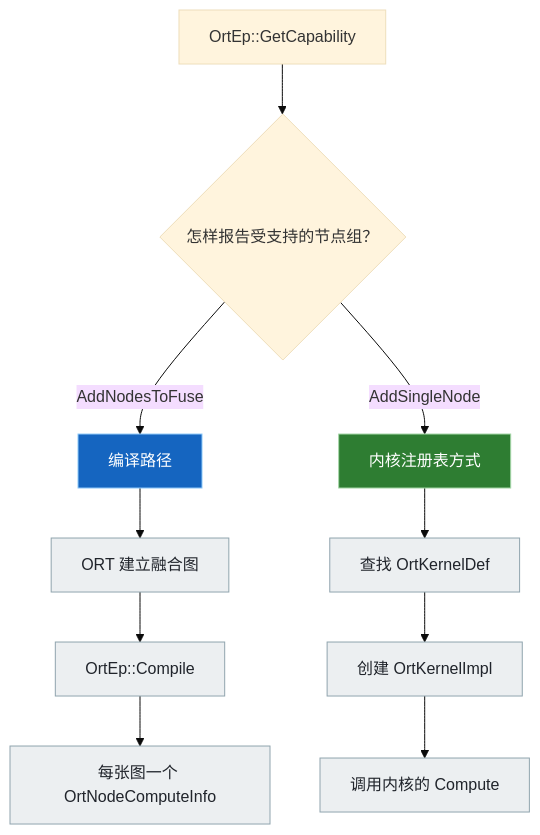
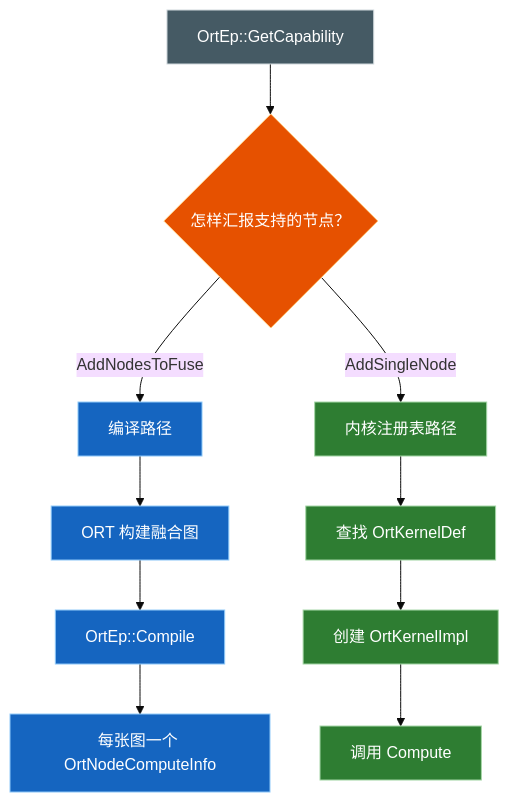
The ninth of 13 diagrams in PluginEP/README.zh-CN.md (DakeQQ/Tutorial-ONNX-Runtime-Execution-Providers), drawn with Mermaid (base theme) before and after one commit. The commit also changed other lines of this file and 15 other files, not shown here.

````diff
--- a/PluginEP/README.zh-CN.md
+++ b/PluginEP/README.zh-CN.md
@@ -329,17 +325,21 @@
 ```mermaid
 flowchart TD
-    G["OrtEp::GetCapability"] --> Q{"怎样报告受支持的节点组？"}
+    G["OrtEp::GetCapability"] --> Q{"怎样汇报支持的节点？"}
     Q -->|"AddNodesToFuse"| C["编译路径"]
-    Q -->|"AddSingleNode"| K["内核注册表方式"]
-    C --> C1["ORT 建立融合图"]
+    Q -->|"AddSingleNode"| K["内核注册表路径"]
+    C --> C1["ORT 构建融合图"]
     C1 --> C2["OrtEp::Compile"]
     C2 --> C3["每张图一个 OrtNodeComputeInfo"]
     K --> K1["查找 OrtKernelDef"]
     K1 --> K2["创建 OrtKernelImpl"]
-    K2 --> K3["调用内核的 Compute"]
+    K2 --> K3["调用 Compute"]
 
-    style C fill:#1565c0,stroke:#90caf9,color:#ffffff
-    style K fill:#2e7d32,stroke:#a5d6a7,color:#ffffff
-    classDef leaf fill:#eceff1,stroke:#90a4ae,color:#20242b
-    class C1,C2,C3,K1,K2,K3 leaf
+    class G slate
+    class Q orange
+    class C,C1,C2,C3 blue
+    class K,K1,K2,K3 green
+    classDef slate fill:#455a64,stroke:#cfd8dc,color:#ffffff
+    classDef orange fill:#e65100,stroke:#ffcc80,color:#ffffff
+    classDef blue fill:#1565c0,stroke:#90caf9,color:#ffffff
+    classDef green fill:#2e7d32,stroke:#a5d6a7,color:#ffffff
 ```
````
